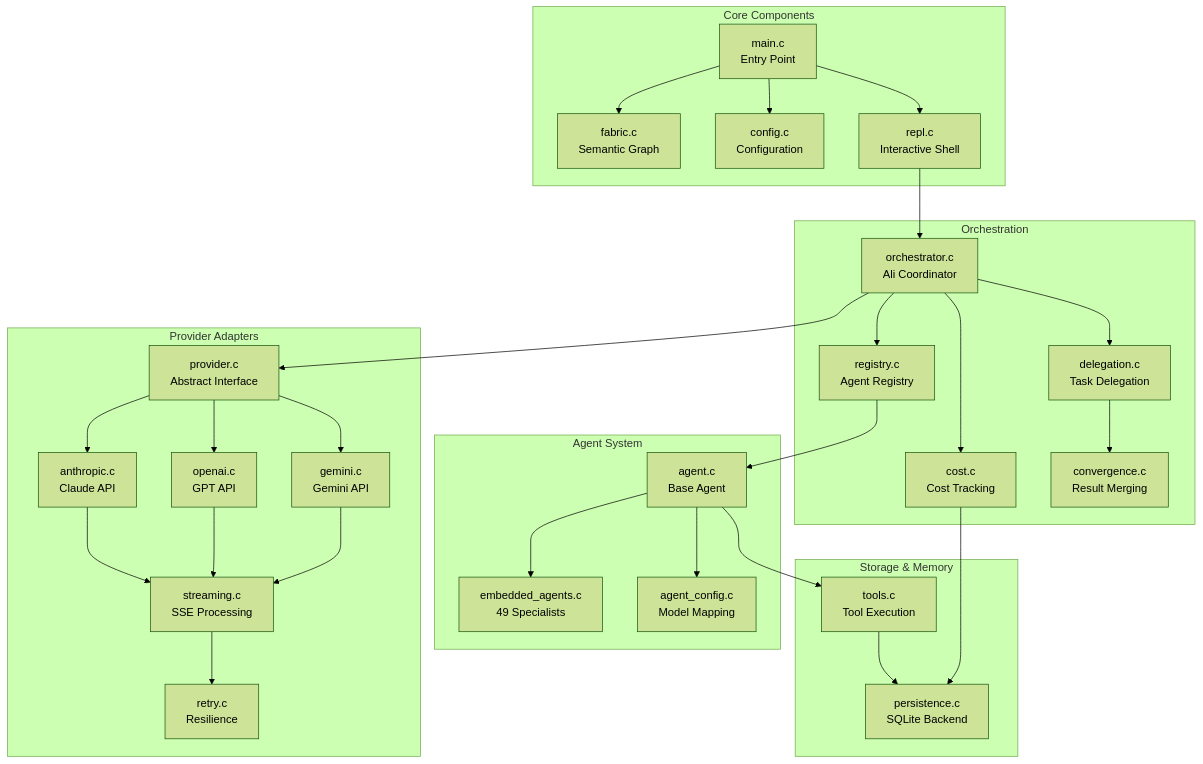
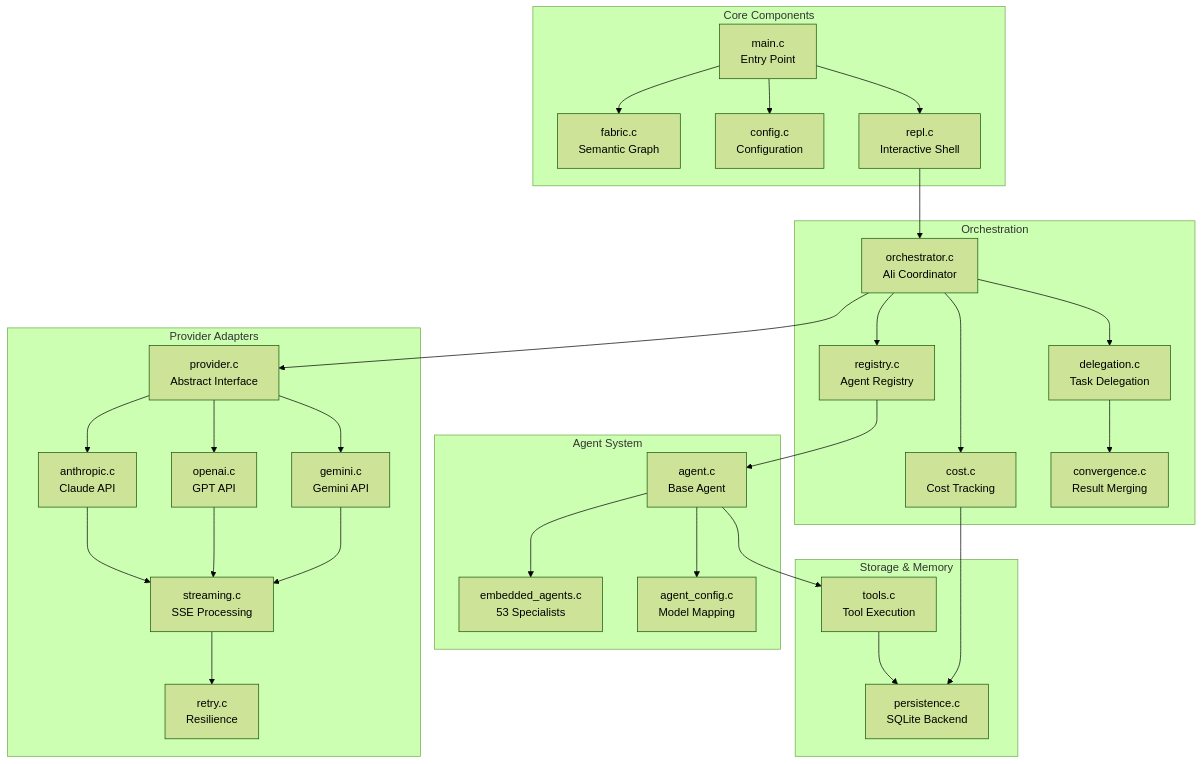
The fourth of 4 diagrams in README.md (Roberdan/convergio-cli), drawn with Mermaid (forest theme) before and after one commit. The commit also changed other lines of this file and 8 other files, not shown here.

````diff
--- a/README.md
+++ b/README.md
@@ -560,60 +560,60 @@
 ```mermaid
 graph TB
     subgraph Core["Core Components"]
         Main["main.c<br/>Entry Point"]
         Fabric["fabric.c<br/>Semantic Graph"]
         Config["config.c<br/>Configuration"]
         REPL["repl.c<br/>Interactive Shell"]
     end
 
     subgraph Orchestration["Orchestration"]
         Orch["orchestrator.c<br/>Ali Coordinator"]
         Registry["registry.c<br/>Agent Registry"]
         Cost["cost.c<br/>Cost Tracking"]
         Delegation["delegation.c<br/>Task Delegation"]
         Convergence["convergence.c<br/>Result Merging"]
     end
 
     subgraph Providers["Provider Adapters"]
         ProviderC["provider.c<br/>Abstract Interface"]
         AnthropicC["anthropic.c<br/>Claude API"]
         OpenAIC["openai.c<br/>GPT API"]
         GeminiC["gemini.c<br/>Gemini API"]
         Streaming["streaming.c<br/>SSE Processing"]
         Retry["retry.c<br/>Resilience"]
     end
 
     subgraph AgentSystem["Agent System"]
         Agent["agent.c<br/>Base Agent"]
-        Embedded["embedded_agents.c<br/>49 Specialists"]
+        Embedded["embedded_agents.c<br/>53 Specialists"]
         AgentConfig["agent_config.c<br/>Model Mapping"]
     end
 
     subgraph Storage["Storage & Memory"]
         Persistence["persistence.c<br/>SQLite Backend"]
         Tools["tools.c<br/>Tool Execution"]
     end
 
     Main --> Fabric
     Main --> Config
     Main --> REPL
     REPL --> Orch
     Orch --> Registry
     Orch --> Cost
     Orch --> Delegation
     Delegation --> Convergence
     Registry --> Agent
     Agent --> Embedded
     Agent --> AgentConfig
     Orch --> ProviderC
     ProviderC --> AnthropicC
     ProviderC --> OpenAIC
     ProviderC --> GeminiC
     AnthropicC --> Streaming
     OpenAIC --> Streaming
     GeminiC --> Streaming
     Streaming --> Retry
     Agent --> Tools
     Tools --> Persistence
     Cost --> Persistence
 ```
````
